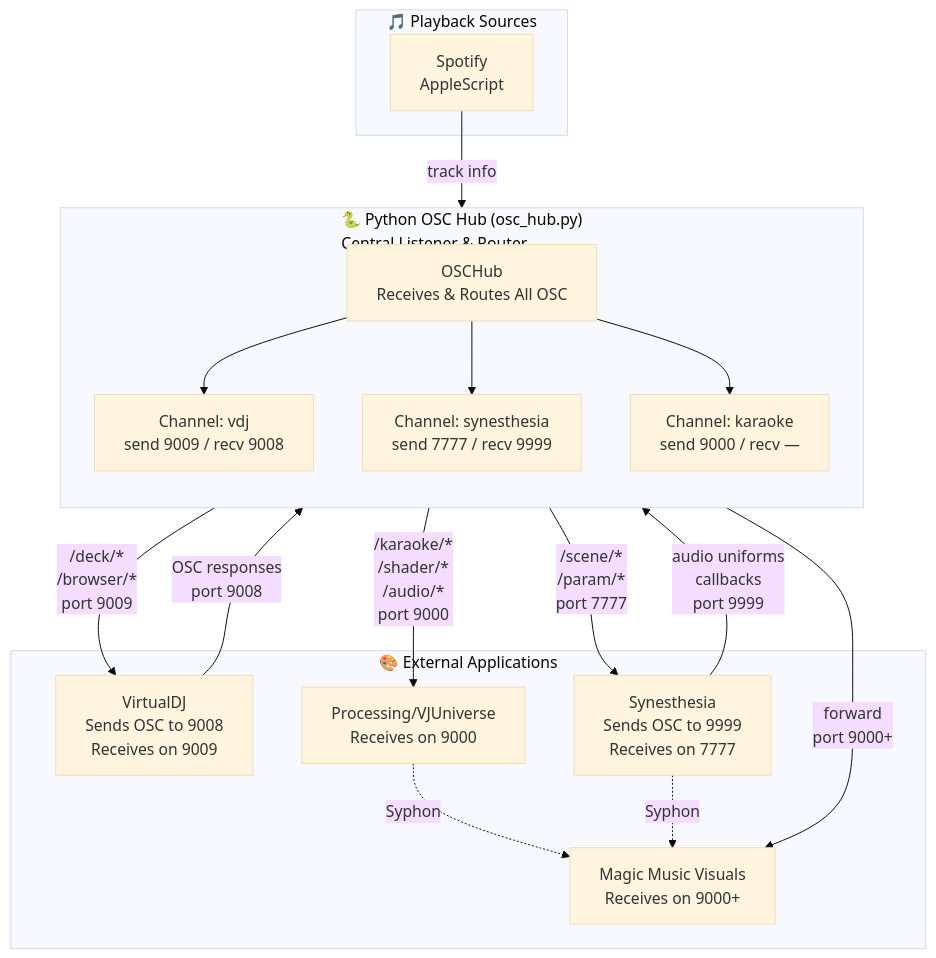
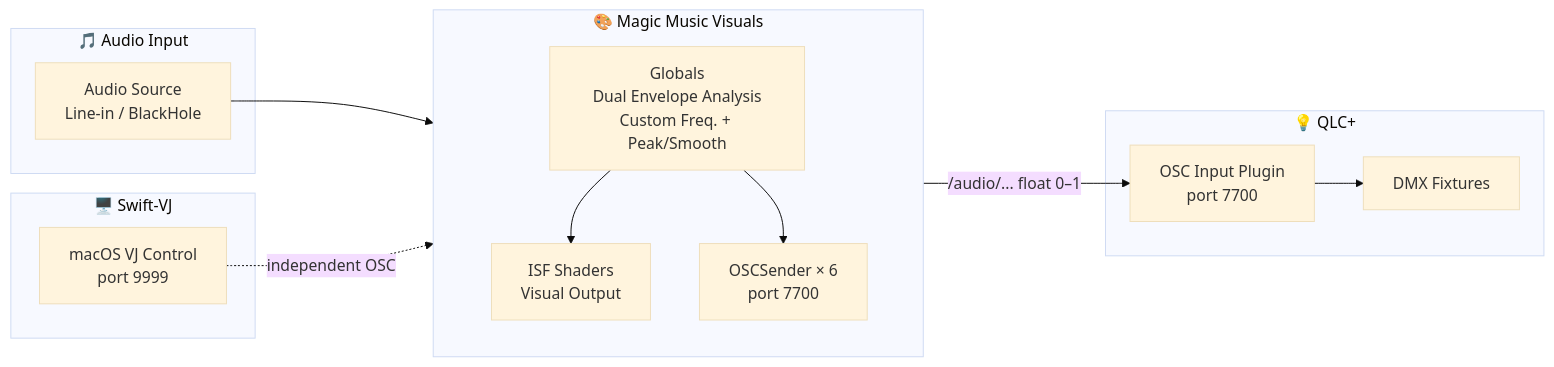
The first of 2 diagrams in OSC.md (abossard/synesthesia-visuals), drawn with Mermaid (base theme) before and after one commit. The commit also changed other lines of this file and 2 other files, not shown here.

First line of the commit message:
fix: replace /0/dmx/N with descriptive OSC paths for Magic→QLC+ input

````diff
--- a/OSC.md
+++ b/OSC.md
@@ -13,41 +19,29 @@
 ```mermaid
-flowchart TB
-    subgraph Sources["🎵 Playback Sources"]
-        SPOT[Spotify<br/>AppleScript]
+flowchart LR
+    subgraph Audio["🎵 Audio Input"]
+        MIC[Audio Source<br/>Line-in / BlackHole]
     end
-    
-    subgraph PyHub["🐍 Python OSC Hub (osc_hub.py)<br/>Central Listener & Router"]
+
+    subgraph Magic["🎨 Magic Music Visuals"]
         direction TB
-        HUB_CORE[OSCHub<br/>Receives & Routes All OSC]
-        CH_VDJ[Channel: vdj<br/>send 9009 / recv 9008]
-        CH_SYN[Channel: synesthesia<br/>send 7777 / recv 9999]
-        CH_KAR[Channel: karaoke<br/>send 9000 / recv —]
-        HUB_CORE --> CH_VDJ
-        HUB_CORE --> CH_SYN
-        HUB_CORE --> CH_KAR
+        GLOBALS[Globals<br/>Dual Envelope Analysis<br/>Custom Freq. + Peak/Smooth]
+        ISF[ISF Shaders<br/>Visual Output]
+        OSC_OUT[OSCSender × 6<br/>port 7700]
+        GLOBALS --> ISF
+        GLOBALS --> OSC_OUT
     end
-    
-    subgraph External["🎨 External Applications"]
-        VDJ_APP[VirtualDJ<br/>Sends OSC to 9008<br/>Receives on 9009]
-        PROC[Processing/VJUniverse<br/>Receives on 9000]
-        SYN[Synesthesia<br/>Sends OSC to 9999<br/>Receives on 7777]
-        MMV[Magic Music Visuals<br/>Receives on 9000+]
+
+    subgraph QLC["💡 QLC+"]
+        QLC_IN[OSC Input Plugin<br/>port 7700]
+        DMX[DMX Fixtures]
+        QLC_IN --> DMX
     end
-    
-    %% Source connections
-    SPOT -->|track info| HUB_CORE
-    
-    %% External apps SEND to Hub (Hub listens)
-    VDJ_APP -->|OSC responses<br/>port 9008| CH_VDJ
-    SYN -->|audio uniforms<br/>callbacks<br/>port 9999| CH_SYN
-    
-    %% Hub SENDS to External apps
-    CH_VDJ -->|/deck/*<br/>/browser/*<br/>port 9009| VDJ_APP
-    CH_SYN -->|/scene/*<br/>/param/*<br/>port 7777| SYN
-    CH_KAR -->|/karaoke/*<br/>/shader/*<br/>/audio/*<br/>port 9000| PROC
-    CH_KAR -->|forward<br/>port 9000+| MMV
-    
-    %% Syphon video (not OSC but completes picture)
-    PROC -.->|Syphon| MMV
-    SYN -.->|Syphon| MMV
+
+    subgraph SwiftVJ["🖥️ Swift-VJ"]
+        SWJ[macOS VJ Control<br/>port 9999]
+    end
+
+    MIC --> GLOBALS
+    OSC_OUT -->|"/audio/..." float 0–1| QLC_IN
+    SWJ -.->|independent OSC| Magic
 ```
````
